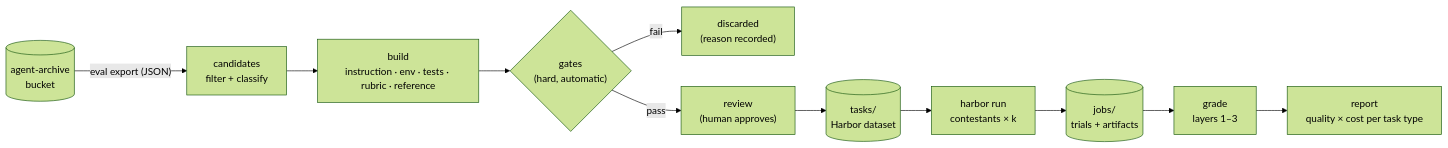
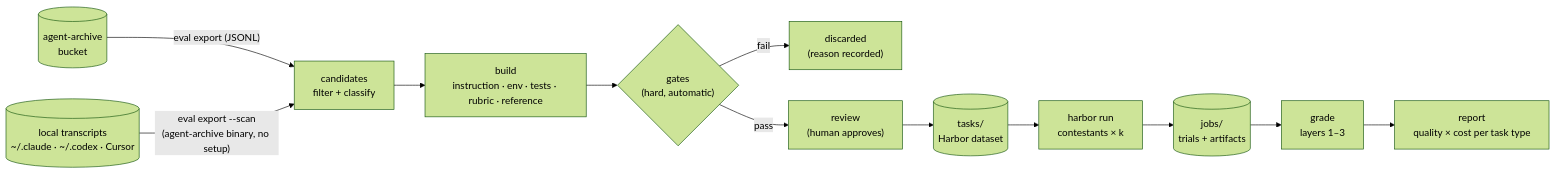
Before and after one commit to wangjohn/agent-backtest: the diagram in docs/specs/v0-plan.md, drawn with Mermaid (forest theme). The commit also changed other lines of this file, not shown here.

First line of the commit message:
Plan for local transcripts and bulk export

````diff
--- a/docs/specs/v0-plan.md
+++ b/docs/specs/v0-plan.md
@@ -113,13 +119,14 @@
 ```mermaid
 flowchart LR
-  AA[("agent-archive<br/>bucket")] -- "eval export (JSON)" --> C["candidates<br/>filter + classify"]
+  AA[("agent-archive<br/>bucket")] -- "eval export (JSONL)" --> C["candidates<br/>filter + classify"]
+  LT[("local transcripts<br/>~/.claude · ~/.codex · Cursor")] -- "eval export --scan<br/>(agent-archive binary, no setup)" --> C
   C --> B["build<br/>instruction · env · tests · rubric · reference"]
   B --> G{"gates<br/>(hard, automatic)"}
   G -- fail --> X["discarded<br/>(reason recorded)"]
   G -- pass --> R["review<br/>(human approves)"]
   R --> T[("tasks/<br/>Harbor dataset")]
   T --> H["harbor run<br/>contestants × k"]
   H --> J[("jobs/<br/>trials + artifacts")]
   J --> GR["grade<br/>layers 1–3"]
   GR --> REP["report<br/>quality × cost per task type"]
 ```
````
